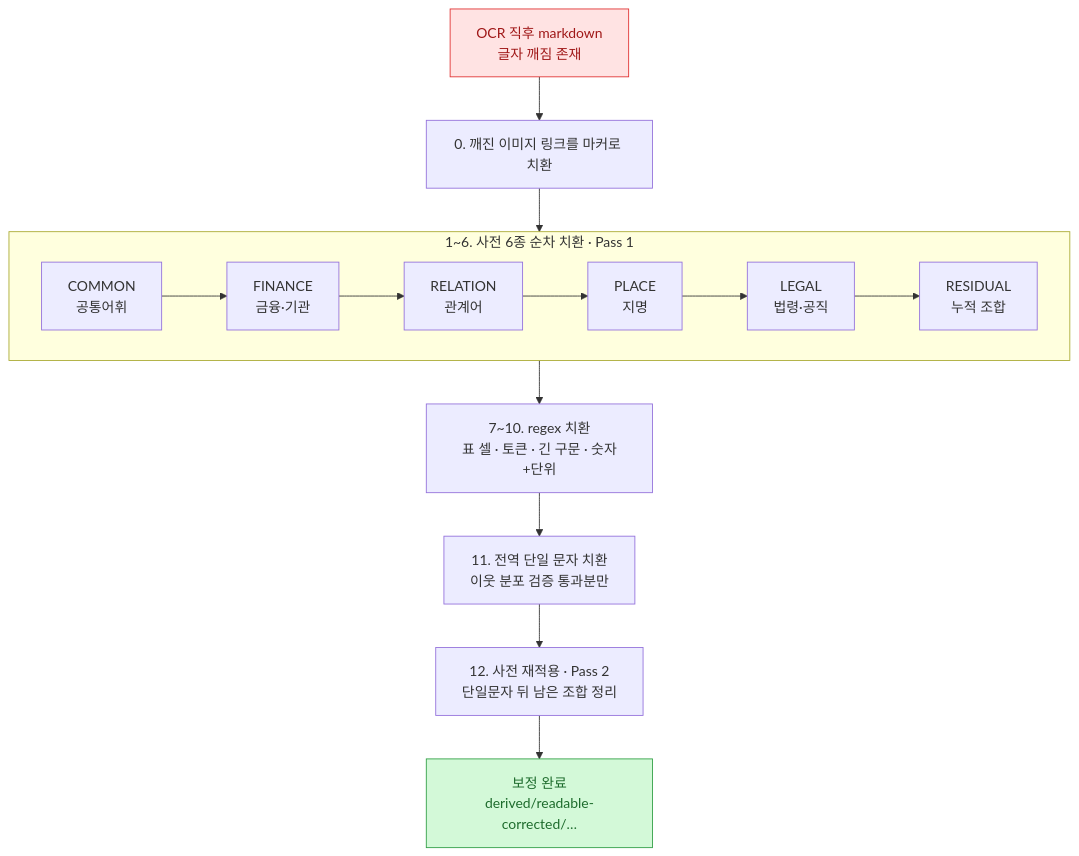
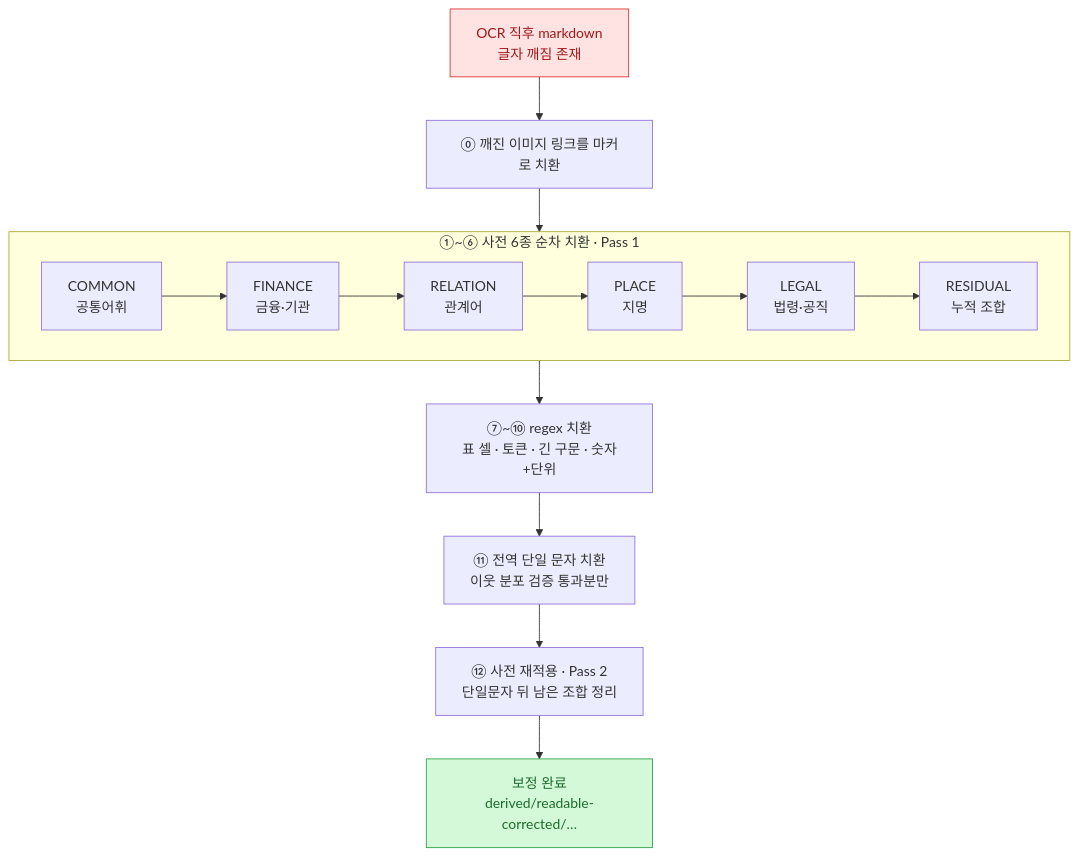
One commit to DBhyeong/DBhyeong.github.io changed the third of 7 diagrams in content/blog/parsing-korean-public-docs-pdf-hwp-to-markdown-reindexing.md. Above: the diagram before and after it, drawn with Mermaid. The commit also changed other lines of this file, not shown here.

Commit message:
fix(블로그): mermaid 'Unsupported markdown: list' 에러 수정 — 라벨 '숫자. '→원문자(①⓪⑫)로 교체
관보 파싱 글의 두 다이어그램에서 노드/서브그래프 라벨이 '0. ','1.'~'5.','11.','12.'로 시작해
mermaid가 순서 목록으로 오인 → 렌더 실패. 원문자로 치환해 트리거 제거.

````diff
--- a/content/blog/parsing-korean-public-docs-pdf-hwp-to-markdown-reindexing.md
+++ b/content/blog/parsing-korean-public-docs-pdf-hwp-to-markdown-reindexing.md
@@ -113,17 +113,17 @@
 ```mermaid
 flowchart TD
-    IN["OCR 직후 markdown<br/>글자 깨짐 존재"] --> P0["0. 깨진 이미지 링크를 마커로 치환"]
+    IN["OCR 직후 markdown<br/>글자 깨짐 존재"] --> P0["⓪ 깨진 이미지 링크를 마커로 치환"]
     P0 --> DICT
-    subgraph DICT["1~6. 사전 6종 순차 치환 · Pass 1"]
+    subgraph DICT["①~⑥ 사전 6종 순차 치환 · Pass 1"]
         direction LR
         D1["COMMON<br/>공통어휘"] --> D2["FINANCE<br/>금융·기관"] --> D3["RELATION<br/>관계어"] --> D4["PLACE<br/>지명"] --> D5["LEGAL<br/>법령·공직"] --> D6["RESIDUAL<br/>누적 조합"]
     end
-    DICT --> RG["7~10. regex 치환<br/>표 셀 · 토큰 · 긴 구문 · 숫자+단위"]
-    RG --> SC["11. 전역 단일 문자 치환<br/>이웃 분포 검증 통과분만"]
-    SC --> P2["12. 사전 재적용 · Pass 2<br/>단일문자 뒤 남은 조합 정리"]
+    DICT --> RG["⑦~⑩ regex 치환<br/>표 셀 · 토큰 · 긴 구문 · 숫자+단위"]
+    RG --> SC["⑪ 전역 단일 문자 치환<br/>이웃 분포 검증 통과분만"]
+    SC --> P2["⑫ 사전 재적용 · Pass 2<br/>단일문자 뒤 남은 조합 정리"]
     P2 --> OUT["보정 완료<br/>derived/readable-corrected/…"]
     classDef warn fill:#ffe3e3,stroke:#e03131,color:#a01818;
     classDef ok fill:#d3f9d8,stroke:#2f9e44,color:#1d6b2c;
     class IN warn;
     class OUT ok;
 ```
````
